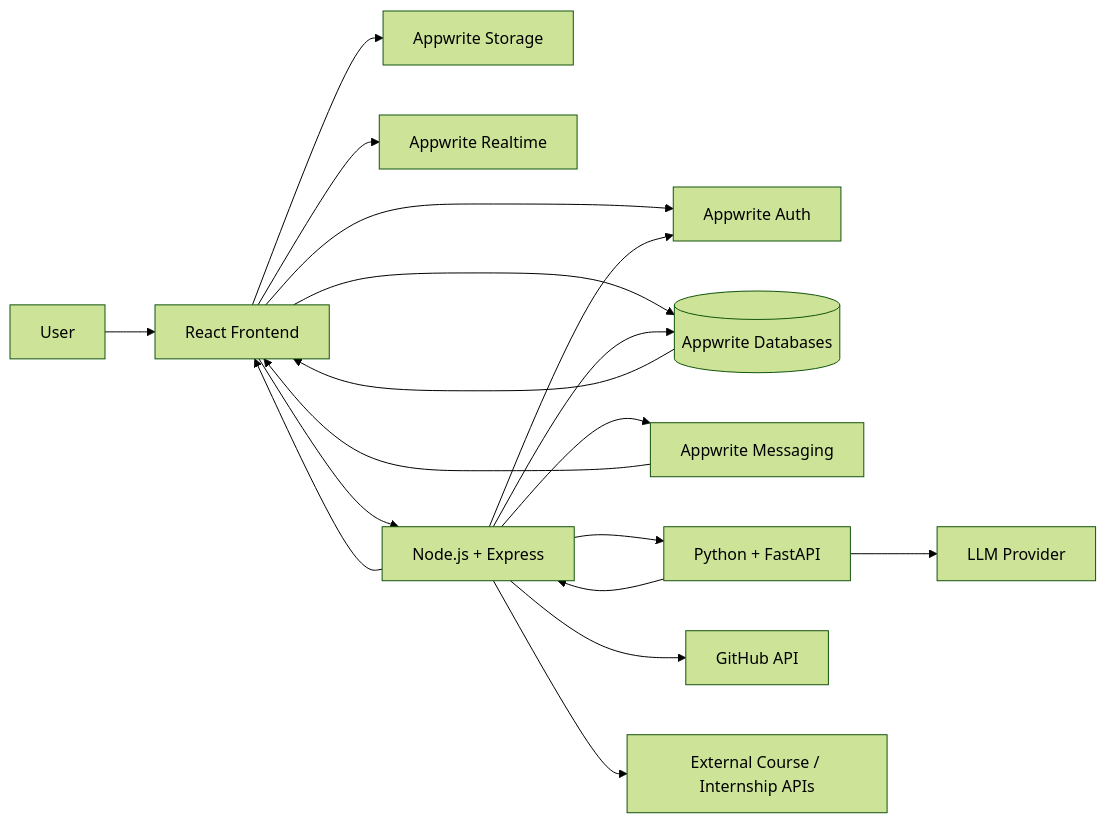
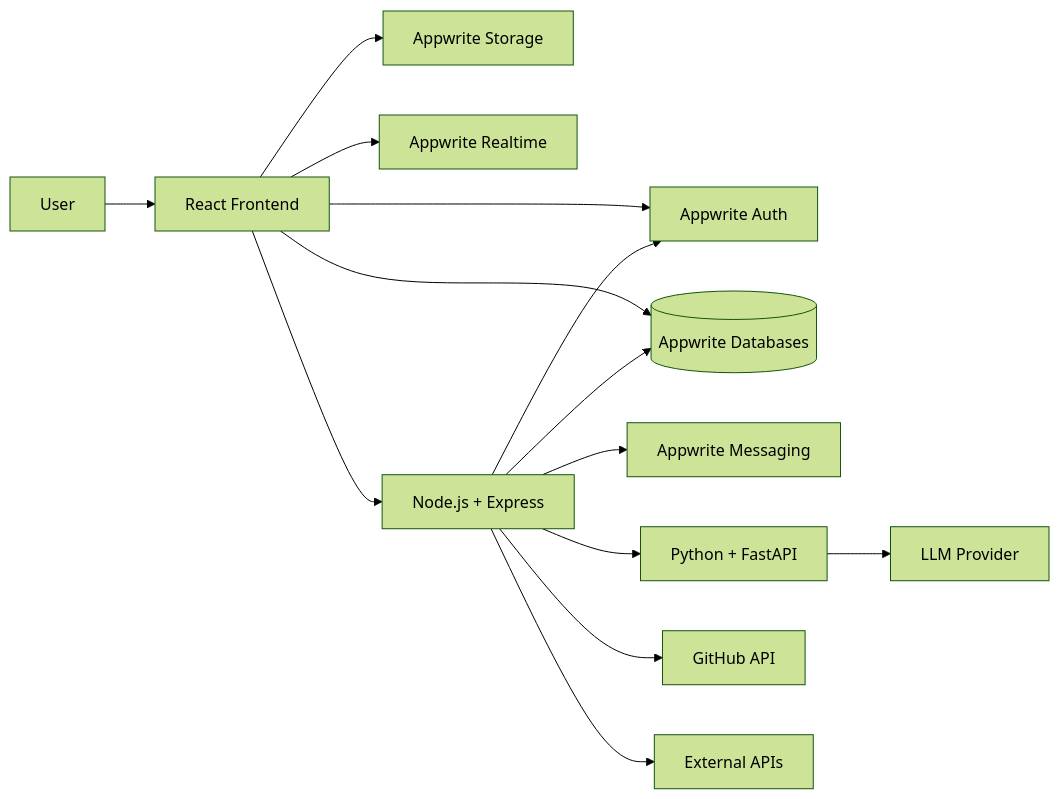
The third of 3 diagrams in docs/main_architecture.md (Jiteshhh08/SkillSaarthi), drawn with Mermaid (forest theme) before and after one commit. The commit also changed other lines of this file and 3 other files, not shown here.

````diff
--- a/docs/main_architecture.md
+++ b/docs/main_architecture.md
@@ -1651,42 +829,7 @@
 ```mermaid
 flowchart LR
-
-    USER[User]
-    FE[React Frontend]
-
-    AW_AUTH[Appwrite Auth]
-    AW_DB[(Appwrite Databases)]
-    AW_STORAGE[Appwrite Storage]
-    AW_MSG[Appwrite Messaging]
-    AW_RT[Appwrite Realtime]
-
-    API[Node.js + Express]
-    AI[Python + FastAPI]
-
-    GITHUB[GitHub API]
-    EXT[External Course / Internship APIs]
-    LLM[LLM Provider]
-
-    USER --> FE
-
-    FE --> AW_AUTH
-    FE --> AW_DB
-    FE --> AW_STORAGE
-    FE --> AW_RT
-    FE --> API
-
-    API --> AW_DB
-    API --> AW_AUTH
-    API --> AW_MSG
-
-    API --> AI
-    API --> GITHUB
-    API --> EXT
-
-    AI --> LLM
-    AI --> API
-
-    AW_DB --> FE
-    AW_MSG --> FE
-    API --> FE
+    USER[User] --> FE[React Frontend]
+    FE --> AW_AUTH[Appwrite Auth] & AW_DB[(Appwrite Databases)] & AW_STORAGE[Appwrite Storage] & AW_RT[Appwrite Realtime] & API[Node.js + Express]
+    API --> AW_DB & AW_AUTH & AW_MSG[Appwrite Messaging] & AI[Python + FastAPI] & GITHUB[GitHub API] & EXT[External APIs]
+    AI --> LLM[LLM Provider]
 ```
````
